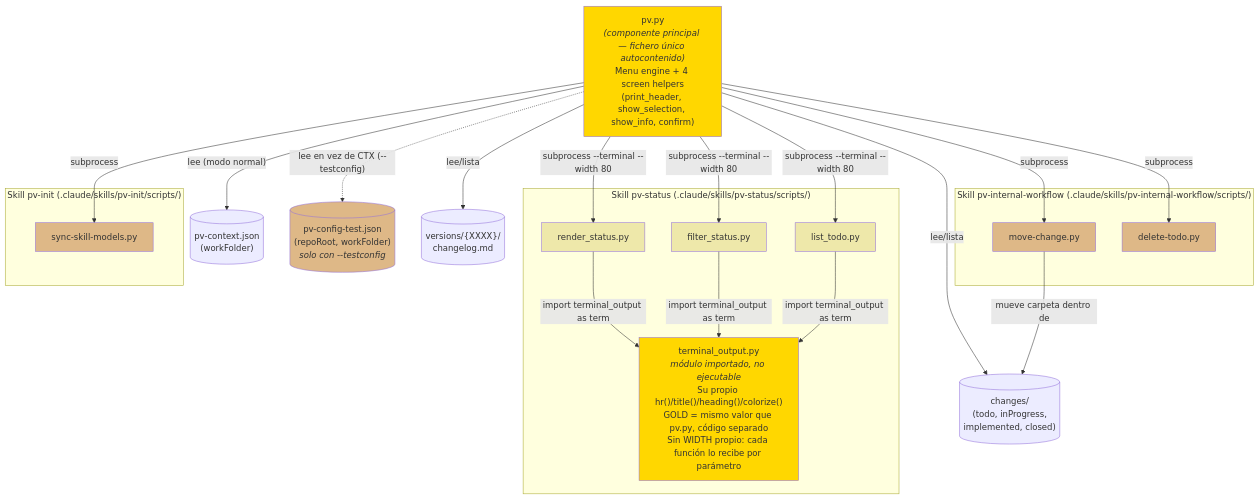
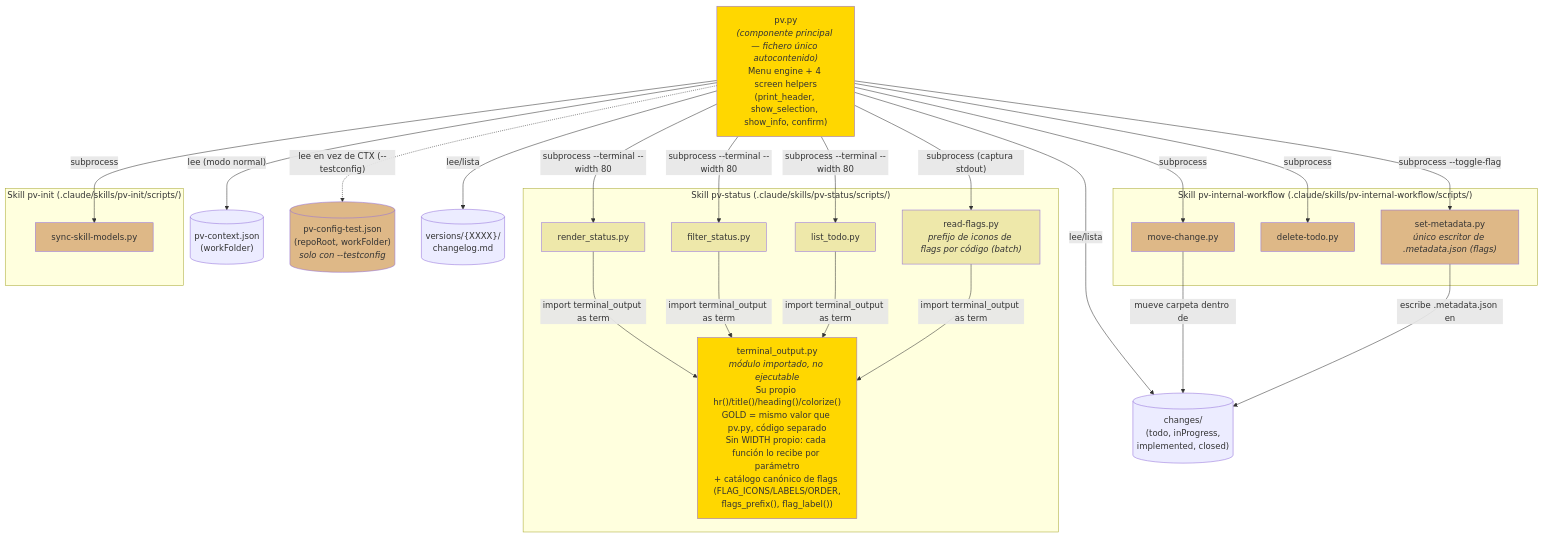
Before and after one commit to yeyopepe/previo-sdd: the second of 2 diagrams in .claude/pv-doc/pv-design-onescript/pv-design-onescript.es.md, drawn with Mermaid. The commit also changed other lines of this file and 28 other files, not shown here.

````diff
--- a/.claude/pv-doc/pv-design-onescript/pv-design-onescript.es.md
+++ b/.claude/pv-doc/pv-design-onescript/pv-design-onescript.es.md
@@ -193,52 +203,60 @@
 ```mermaid
 graph TD
     PV["pv.py<br/><i>(componente principal — fichero único autocontenido)</i><br/>Menu engine + 4 screen helpers<br/>(print_header, show_selection, show_info, confirm)"]
 
     subgraph SKILL_STATUS ["Skill pv-status (.claude/skills/pv-status/scripts/)"]
-        TO["terminal_output.py<br/><i>módulo importado, no ejecutable</i><br/>Su propio hr()/title()/heading()/colorize()<br/>GOLD = mismo valor que pv.py, código separado<br/>Sin WIDTH propio: cada función lo recibe por parámetro"]
+        TO["terminal_output.py<br/><i>módulo importado, no ejecutable</i><br/>Su propio hr()/title()/heading()/colorize()<br/>GOLD = mismo valor que pv.py, código separado<br/>Sin WIDTH propio: cada función lo recibe por parámetro<br/>+ catálogo canónico de flags (FLAG_ICONS/LABELS/ORDER,<br/>flags_prefix(), flag_label())"]
         RS["render_status.py"]
         FS["filter_status.py"]
         LT["list_todo.py"]
+        RF["read-flags.py<br/><i>prefijo de iconos de flags por código (batch)</i>"]
 
         RS -->|import terminal_output as term| TO
         FS -->|import terminal_output as term| TO
         LT -->|import terminal_output as term| TO
+        RF -->|import terminal_output as term| TO
     end
 
     subgraph SKILL_WORKFLOW ["Skill pv-internal-workflow (.claude/skills/pv-internal-workflow/scripts/)"]
         MC["move-change.py"]
         DT["delete-todo.py"]
+        SM["set-metadata.py<br/><i>único escritor de .metadata.json (flags)</i>"]
     end
 
     subgraph SKILL_INIT ["Skill pv-init (.claude/skills/pv-init/scripts/)"]
         SSM["sync-skill-models.py"]
     end
 
     CTX[("pv-context.json<br/>(workFolder)")]
     TESTCFG[("pv-config-test.json<br/>(repoRoot, workFolder)<br/><i>solo con --testconfig</i>")]
     CHANGES[("changes/<br/>(todo, inProgress,<br/>implemented, closed)")]
     VERSIONS[("versions/{XXXX}/<br/>changelog.md")]
 
     PV -->|"subprocess --terminal --width 80"| RS
     PV -->|"subprocess --terminal --width 80"| FS
     PV -->|"subprocess --terminal --width 80"| LT
+    PV -->|"subprocess (captura stdout)"| RF
     PV -->|"subprocess"| MC
     PV -->|"subprocess"| DT
+    PV -->|"subprocess --toggle-flag"| SM
     PV -->|"subprocess"| SSM
 
     PV -->|"lee (modo normal)"| CTX
     PV -.->|"lee en vez de CTX (--testconfig)"| TESTCFG
     PV -->|lee/lista| CHANGES
     PV -->|lee/lista| VERSIONS
     MC -->|mueve carpeta dentro de| CHANGES
+    SM -->|escribe .metadata.json en| CHANGES
 
     style PV fill:#FFD700
     style TO fill:#FFD700
     style RS fill:#EEE8AA
     style FS fill:#EEE8AA
     style LT fill:#EEE8AA
+    style RF fill:#EEE8AA
     style MC fill:#DEB887
     style DT fill:#DEB887
+    style SM fill:#DEB887
     style SSM fill:#DEB887
     style TESTCFG fill:#DEB887
 ```
````
